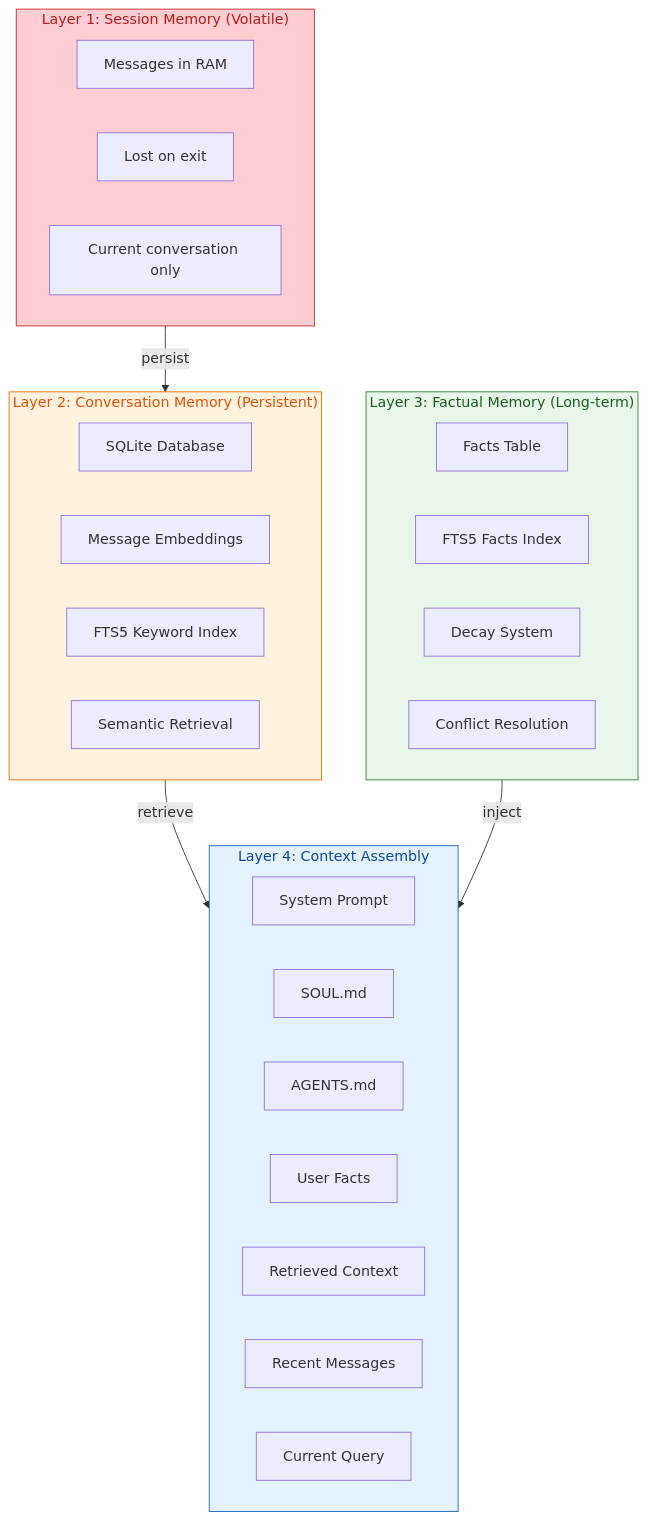
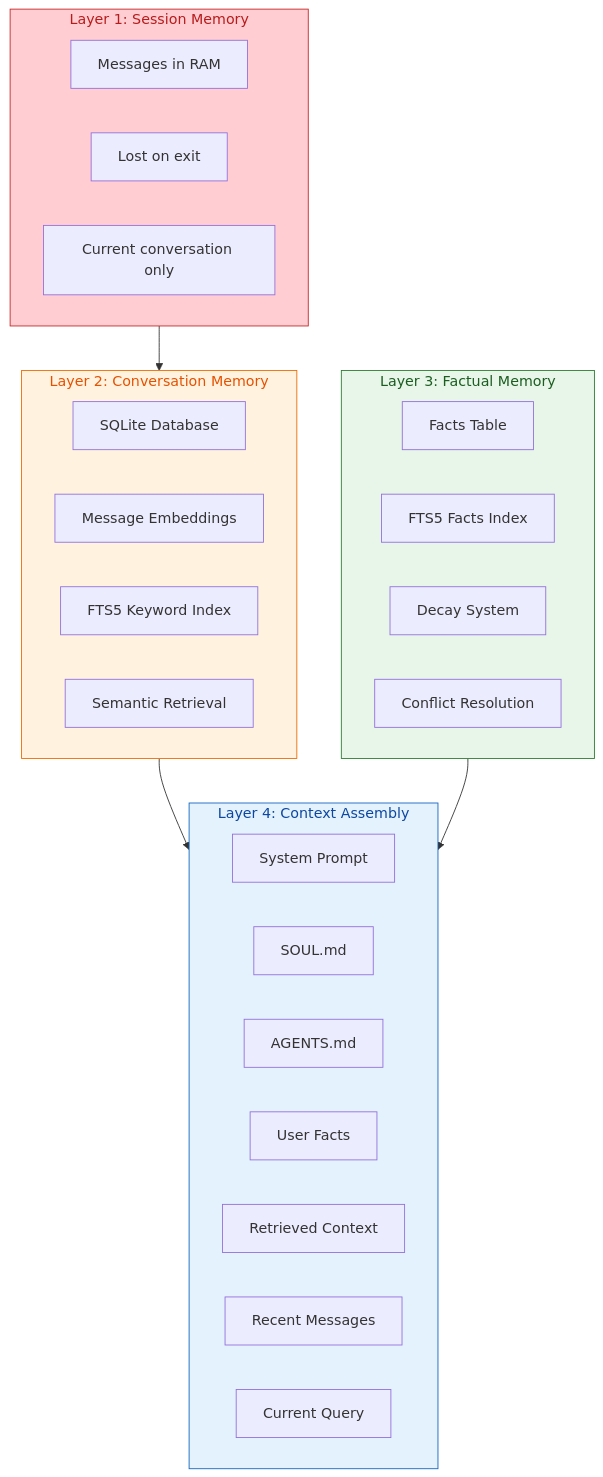
The first of 6 diagrams in doc/src/development/memory-architecture.md (luksamuk/sprachspiel), drawn with Mermaid before and after one commit. The commit also changed other lines of this file and 7 other files, not shown here.

````diff
--- a/doc/src/development/memory-architecture.md
+++ b/doc/src/development/memory-architecture.md
@@ -24,41 +24,41 @@
 ```mermaid
 graph TB
-    subgraph Layer1["Layer 1: Session Memory (Volatile)"]
+    subgraph Layer1["Layer 1: Session Memory"]
         A1["Messages in RAM"]
         A2["Lost on exit"]
         A3["Current conversation only"]
     end
     
-    subgraph Layer2["Layer 2: Conversation Memory (Persistent)"]
+    subgraph Layer2["Layer 2: Conversation Memory"]
         B1["SQLite Database"]
         B2["Message Embeddings"]
         B3["FTS5 Keyword Index"]
         B4["Semantic Retrieval"]
     end
     
-    subgraph Layer3["Layer 3: Factual Memory (Long-term)"]
+    subgraph Layer3["Layer 3: Factual Memory"]
         C1["Facts Table"]
         C2["FTS5 Facts Index"]
         C3["Decay System"]
         C4["Conflict Resolution"]
     end
     
     subgraph Layer4["Layer 4: Context Assembly"]
         D1["System Prompt"]
         D2["SOUL.md"]
         D3["AGENTS.md"]
         D4["User Facts"]
         D5["Retrieved Context"]
         D6["Recent Messages"]
         D7["Current Query"]
     end
     
-    Layer1 -->|"persist"| Layer2
-    Layer2 -->|"retrieve"| Layer4
-    Layer3 -->|"inject"| Layer4
+    Layer1 --> Layer2
+    Layer2 --> Layer4
+    Layer3 --> Layer4
     
     style Layer1 fill:#ffcdd2,stroke:#c62828,color:#b71c1c
     style Layer2 fill:#fff3e0,stroke:#ef6c00,color:#e65100
     style Layer3 fill:#e8f5e9,stroke:#2e7d32,color:#1b5e20
     style Layer4 fill:#e3f2fd,stroke:#1565c0,color:#0d47a1
 ```
````
